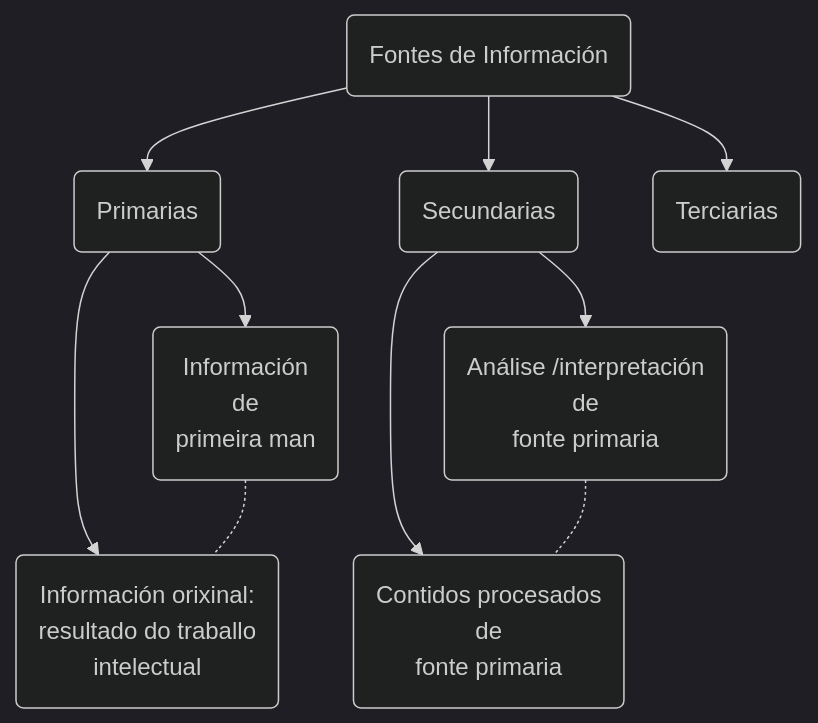
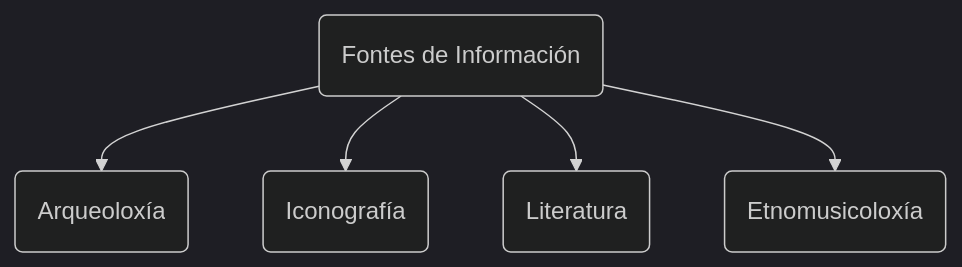
Before and after one commit to RobertoPradoMartinez/Historia-I: the diagram in unidades-didacticas/unidade-00/fontes-musicais.md, drawn with Mermaid (dark theme). The commit also changed other lines of this file and 3 other files, not shown here.

Commit message:
actualizando fontes de información

````diff
--- a/unidades-didacticas/unidade-00/fontes-musicais.md
+++ b/unidades-didacticas/unidade-00/fontes-musicais.md
@@ -28,23 +36,14 @@
 ```mermaid
 graph TB;
-    A(Fontes de Información)
-    B(Primarias)
-    C(Secundarias)
-    D(Terciarias)
-    E(Información <br> de <br> primeira man)
-    F(Información orixinal: <br> resultado do traballo <br> intelectual)
-    G(Contidos procesados <br> de <br> fonte primaria)
-    H(Análise /interpretación <br> de <br> fonte primaria)
-    A --> B;
-    A --> C;
-    A --> D;
-
-    B --> F;
-    B --> E;
-    E -.- F;
-
-    C --> G;
-    C --> H;
-    H -.- G;
+    A(Fontes de Información);
+    B(Arqueoloxía);
+    C(Iconografía);
+    D(Literatura);
+    E(Etnomusicoloxía);
+    
+    A-->B
+    A-->C
+    A-->D
+    A-->E
 
 ```
````
